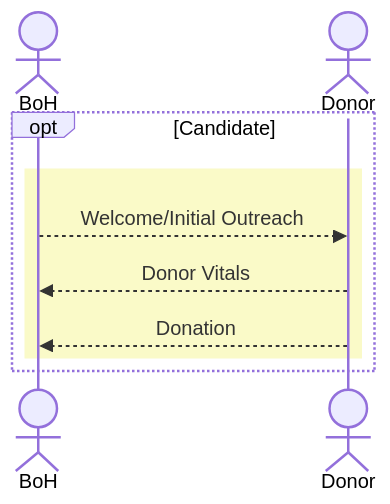
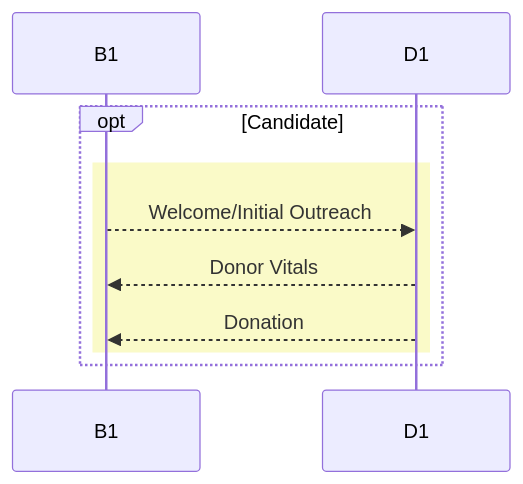
The first of 4 diagrams in app/Docs/DonorWorkflows.md (Apistolic/boh-larament), drawn with Mermaid before and after one commit.

````diff
--- a/app/Docs/DonorWorkflows.md
+++ b/app/Docs/DonorWorkflows.md
@@ -11,12 +11,10 @@
 ```mermaid
 sequenceDiagram
-    actor B1 as BoH
-    actor D1 as Donor
     opt Candidate
         rect rgb(250,250,200)
         B1 -->> D1: Welcome/Initial Outreach
         D1 -->> B1: Donor Vitals
         D1 -->> B1: Donation
         end
     end
 ```
````
